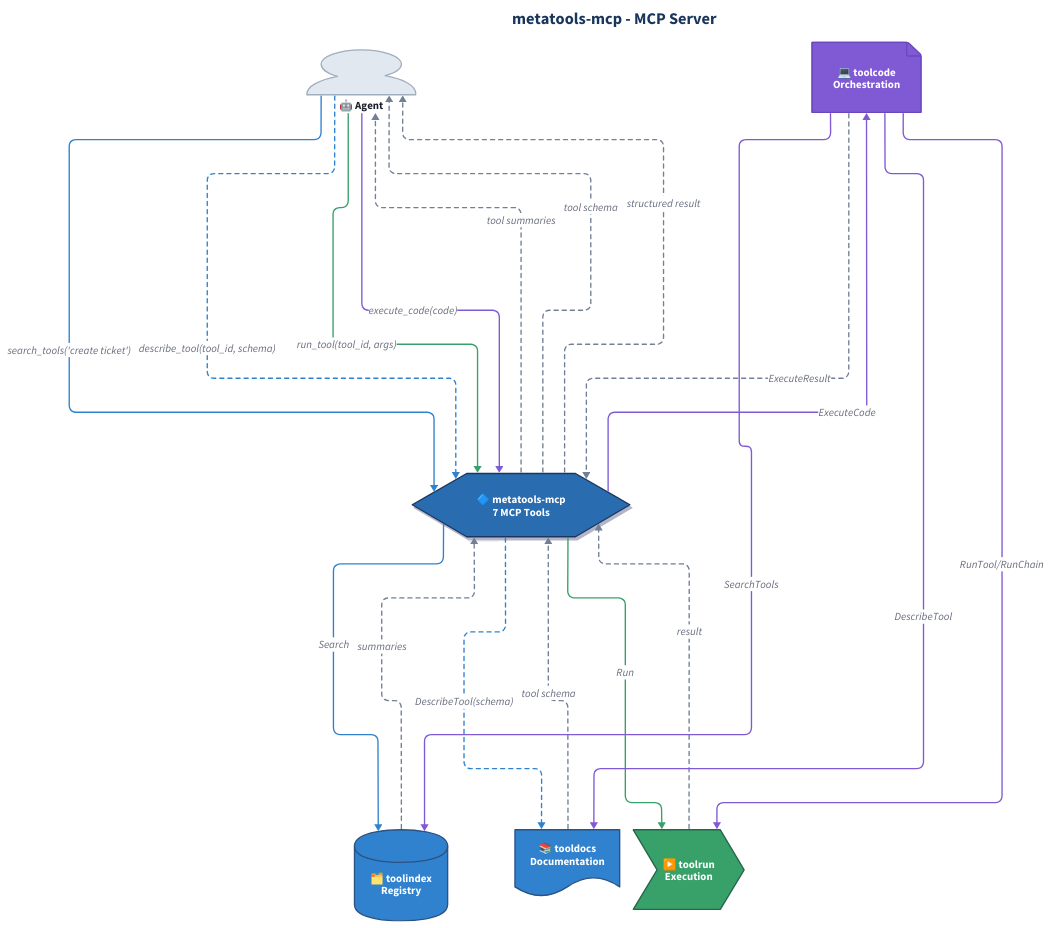
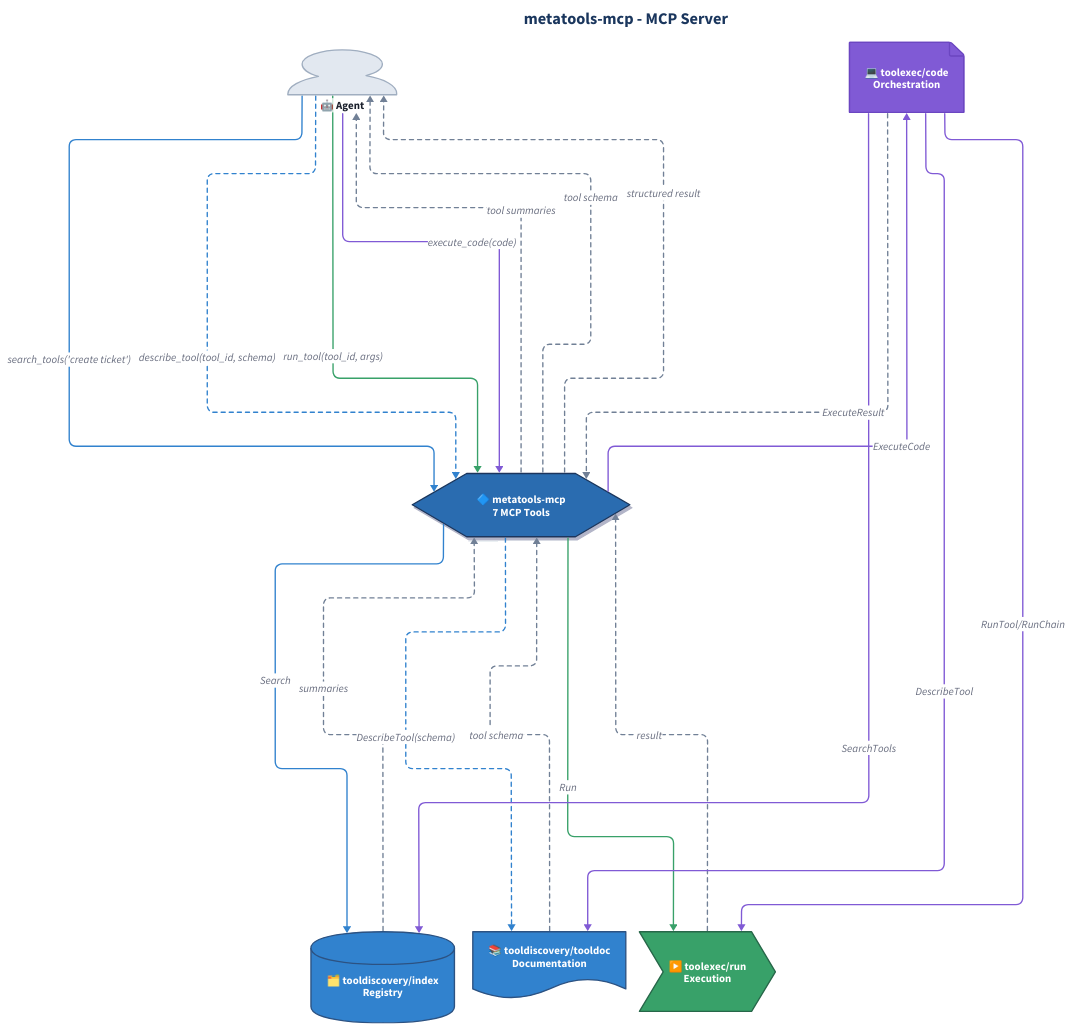
Before and after one commit to jonwraymond/metatools-mcp: the diagram in docs/diagrams/user-journey.d2, drawn with D2. The commit also changed 34 other files, not shown here.

Commit message:
docs(metatools-mcp): close PRD gaps and refresh diagrams

```diff
--- a/docs/diagrams/user-journey.d2
+++ b/docs/diagrams/user-journey.d2
@@ -1,198 +1,198 @@
 # metatools-mcp User Journey
 # Complete MCP server workflow
 
 direction: down
 
 vars: {
   d2-config: {
     layout-engine: elk
     theme-id: 0
   }
   surface-fill: "#2b6cb0"
   discovery-fill: "#3182ce"
   execution-fill: "#38a169"
   composition-fill: "#805ad5"
   actor-fill: "#e2e8f0"
 }
 
 classes: {
   actor: {
     style: {
       fill: ${actor-fill}
       stroke: "#a0aec0"
       stroke-width: 2
       font-color: "#1a202c"
       bold: true
     }
   }
   surface: {
     style: {
       fill: ${surface-fill}
       stroke: "#1a365d"
       stroke-width: 2
       font-color: "#fff"
       shadow: true
     }
   }
   discovery: {
     style: {
       fill: ${discovery-fill}
       stroke: "#2c5282"
       stroke-width: 2
       font-color: "#fff"
     }
   }
   execution: {
     style: {
       fill: ${execution-fill}
       stroke: "#276749"
       stroke-width: 2
       font-color: "#fff"
     }
   }
   composition: {
     style: {
       fill: ${composition-fill}
       stroke: "#6b46c1"
       stroke-width: 2
       font-color: "#fff"
     }
   }
   search-flow: {
     style: {
       stroke: ${discovery-fill}
       stroke-width: 2
     }
   }
   describe-flow: {
     style: {
       stroke: ${discovery-fill}
       stroke-width: 2
       stroke-dash: 3
     }
   }
   run-flow: {
     style: {
       stroke: ${execution-fill}
       stroke-width: 2
     }
   }
   code-flow: {
     style: {
       stroke: ${composition-fill}
       stroke-width: 2
     }
   }
   result-flow: {
     style: {
       stroke: "#718096"
       stroke-width: 2
       stroke-dash: 3
     }
   }
 }
 
 # Title
 title: "metatools-mcp - MCP Server" {
   shape: text
   near: top-center
   style: {
     font-size: 24
     bold: true
     font-color: "#1a365d"
   }
 }
 
 # Actors
 agent: "🤖 Agent" {
   shape: person
   class: actor
 }
 
 # Components
 mcp: "🔷 metatools-mcp\n7 MCP Tools" {
   shape: hexagon
   class: surface
 }
 
-index: "🗂️ toolindex\nRegistry" {
+index: "🗂️ tooldiscovery/index\nRegistry" {
   shape: cylinder
   class: discovery
 }
 
-docs: "📚 tooldocs\nDocumentation" {
+docs: "📚 tooldiscovery/tooldoc\nDocumentation" {
   shape: document
   class: discovery
 }
 
-runner: "▶️ toolrun\nExecution" {
+runner: "▶️ toolexec/run\nExecution" {
   shape: step
   class: execution
 }
 
-code: "💻 toolcode\nOrchestration" {
+code: "💻 toolexec/code\nOrchestration" {
   shape: page
   class: composition
 }
 
 # Search Flow
 agent -> mcp: "search_tools('create ticket')" {
   class: search-flow
 }
 mcp -> index: "Search" {
   class: search-flow
 }
 index -> mcp: "summaries" {
   class: result-flow
 }
 mcp -> agent: "tool summaries" {
   class: result-flow
 }
 
 # Describe Flow
 agent -> mcp: "describe_tool(tool_id, schema)" {
   class: describe-flow
 }
 mcp -> docs: "DescribeTool(schema)" {
   class: describe-flow
 }
 docs -> mcp: "tool schema" {
   class: result-flow
 }
 mcp -> agent: "tool schema" {
   class: result-flow
 }
 
 # Run Flow
 agent -> mcp: "run_tool(tool_id, args)" {
   class: run-flow
 }
 mcp -> runner: "Run" {
   class: run-flow
 }
 runner -> mcp: "result" {
   class: result-flow
 }
 mcp -> agent: "structured result" {
   class: result-flow
 }
 
 # Code Flow
 agent -> mcp: "execute_code(code)" {
   class: code-flow
 }
 mcp -> code: "ExecuteCode" {
   class: code-flow
 }
 code -> index: "SearchTools" {
   class: code-flow
 }
 code -> docs: "DescribeTool" {
   class: code-flow
 }
 code -> runner: "RunTool/RunChain" {
   class: code-flow
 }
 code -> mcp: "ExecuteResult" {
   class: result-flow
 }
```
